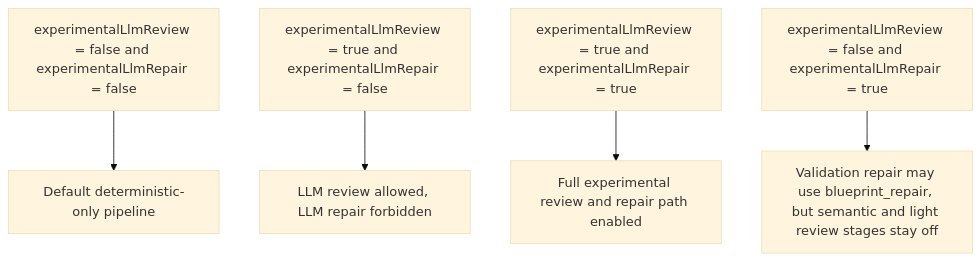
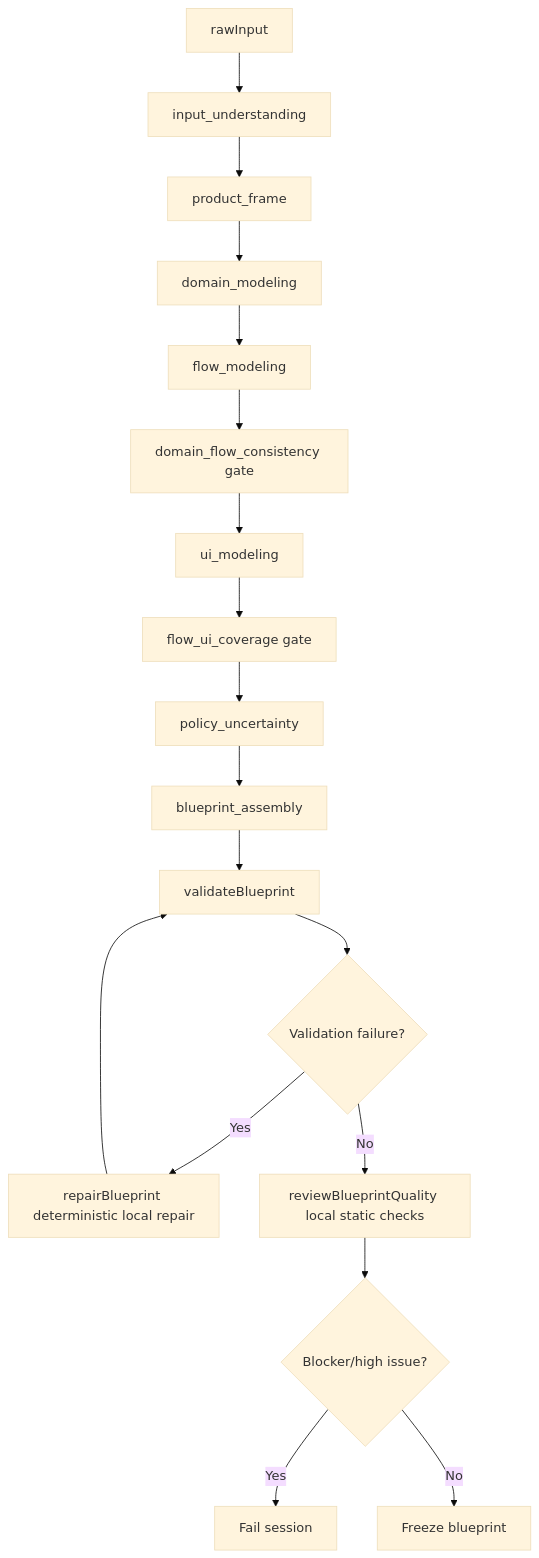
The second of 3 diagrams in docs/current-pipeline-mermaid.md (CharlieHasAHeart/stitch2react), drawn with Mermaid (base theme) before and after one commit. The commit also changed other lines of this file and 8 other files, not shown here.

````diff
--- a/docs/current-pipeline-mermaid.md
+++ b/docs/current-pipeline-mermaid.md
@@ -162,7 +50,20 @@
 ```mermaid
 flowchart TD
-  A["experimentalLlmReview = false and experimentalLlmRepair = false"] --> B["Default deterministic-only pipeline"]
-  C["experimentalLlmReview = true and experimentalLlmRepair = false"] --> D["LLM review allowed, LLM repair forbidden"]
-  E["experimentalLlmReview = true and experimentalLlmRepair = true"] --> F["Full experimental review and repair path enabled"]
-  G["experimentalLlmReview = false and experimentalLlmRepair = true"] --> H["Validation repair may use blueprint_repair, but semantic and light review stages stay off"]
+  A["rawInput"] --> B["input_understanding"]
+  B --> C["product_frame"]
+  C --> D["domain_modeling"]
+  D --> E["flow_modeling"]
+  E --> F["domain_flow_consistency gate"]
+  F --> G["ui_modeling"]
+  G --> H["flow_ui_coverage gate"]
+  H --> I["policy_uncertainty"]
+  I --> J["blueprint_assembly"]
+  J --> K["validateBlueprint"]
+  K --> L{"Validation failure?"}
+  L -->|Yes| M["repairBlueprint deterministic local repair"]
+  M --> K
+  L -->|No| N["reviewBlueprintQuality local static checks"]
+  N --> O{"Blocker/high issue?"}
+  O -->|Yes| Z["Fail session"]
+  O -->|No| P["Freeze blueprint"]
 ```
````
